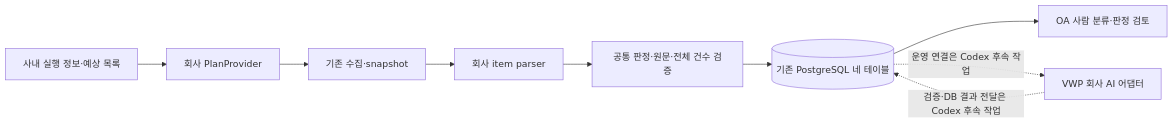
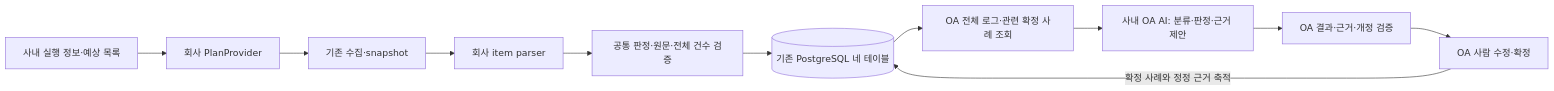
Before and after one commit to kyuns-96/sanity_log_parser: the diagram in INTERNAL_AI_HANDOFF.md, drawn with Mermaid. The commit also changed other lines of this file and 55 other files, not shown here.

````diff
--- a/INTERNAL_AI_HANDOFF.md
+++ b/INTERNAL_AI_HANDOFF.md
@@ -35,11 +38,13 @@
 ```mermaid
 flowchart LR
     A[사내 실행 정보·예상 목록] --> B[회사 PlanProvider]
     B --> C[기존 수집·snapshot]
     C --> D[회사 item parser]
     D --> E[공통 판정·원문·전체 건수 검증]
     E --> F[(기존 PostgreSQL 네 테이블)]
-    F --> G[OA 사람 분류·판정 검토]
-    F -. 운영 연결은 Codex 후속 작업 .-> H[VWP 회사 AI 어댑터]
-    H -. 검증·DB 결과 전달은 Codex 후속 작업 .-> F
+    F --> H[OA 전체 로그·관련 확정 사례 조회]
+    H --> I[사내 OA AI: 분류·판정·근거 제안]
+    I --> J[OA 결과·근거·개정 검증]
+    J --> G[OA 사람 수정·확정]
+    G -->|확정 사례와 정정 근거 축적| F
 ```
````
